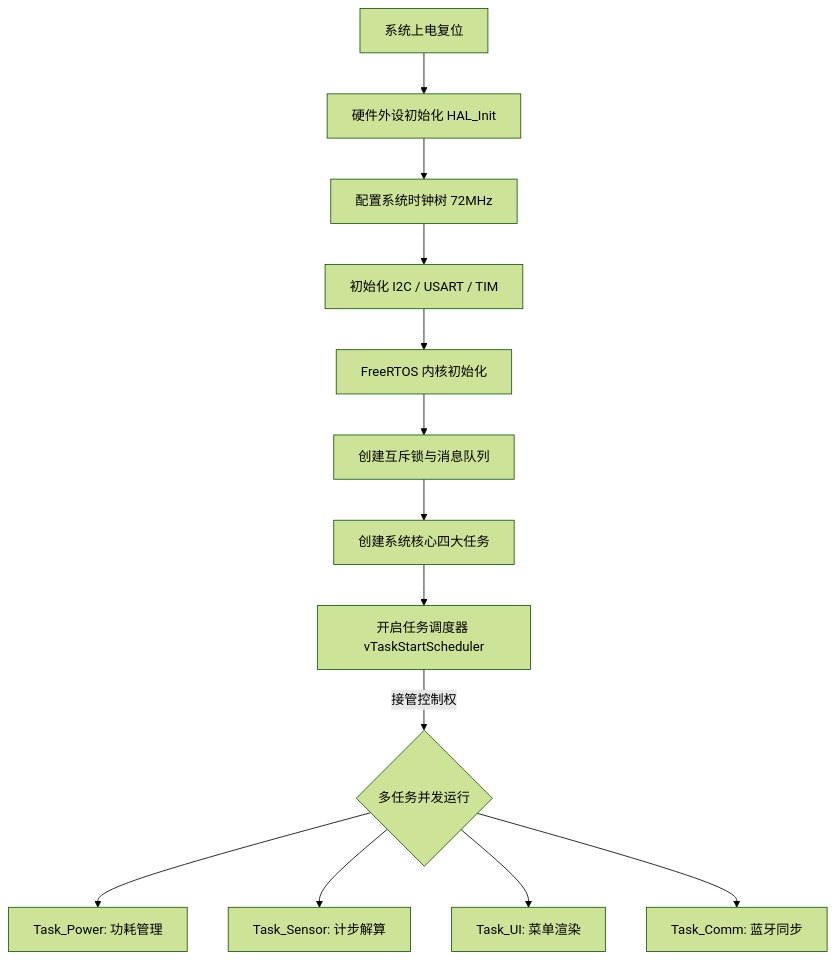
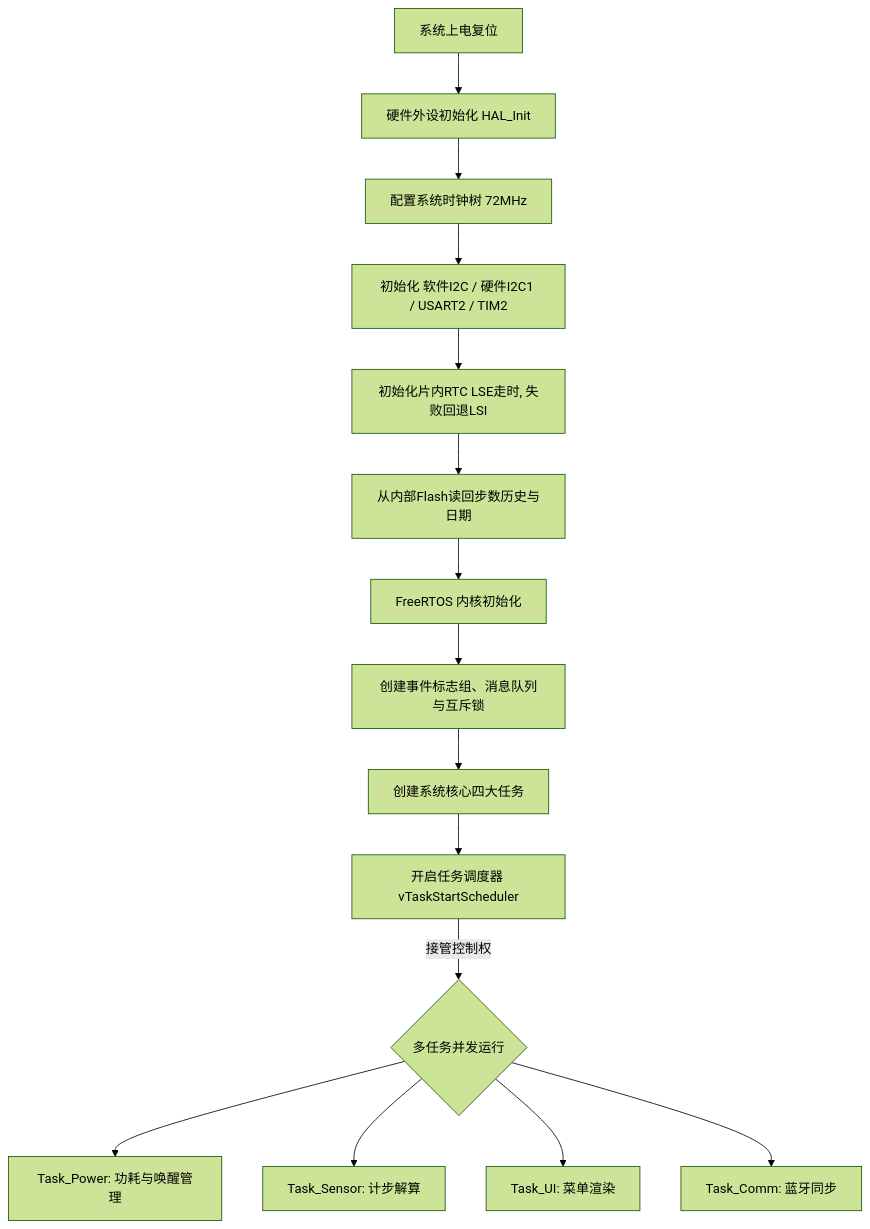
Before and after one commit to YJQ486/course-project: the second of 2 diagrams in Docs/系统设计文档.md, drawn with Mermaid (forest theme). The commit also changed other lines of this file and 1 other file, not shown here.

````diff
--- a/Docs/系统设计文档.md
+++ b/Docs/系统设计文档.md
@@ -49,16 +60,18 @@
 ```mermaid
 flowchart TD
     A[系统上电复位] --> B[硬件外设初始化 HAL_Init]
     B --> C[配置系统时钟树 72MHz]
-    C --> D[初始化 I2C / USART / TIM]
-    D --> E[FreeRTOS 内核初始化]
-    E --> F[创建互斥锁与消息队列]
+    C --> D[初始化 软件I2C / 硬件I2C1 / USART2 / TIM2]
+    D --> D2[初始化片内RTC LSE走时, 失败回退LSI]
+    D2 --> D3[从内部Flash读回步数历史与日期]
+    D3 --> E[FreeRTOS 内核初始化]
+    E --> F[创建事件标志组、消息队列与互斥锁]
     F --> G[创建系统核心四大任务]
     G --> H[开启任务调度器 vTaskStartScheduler]
-    
+
     H -->|接管控制权| I{多任务并发运行}
-    I --> J[Task_Power: 功耗管理]
+    I --> J[Task_Power: 功耗与唤醒管理]
     I --> K[Task_Sensor: 计步解算]
     I --> L[Task_UI: 菜单渲染]
     I --> M[Task_Comm: 蓝牙同步]
 ```
````
